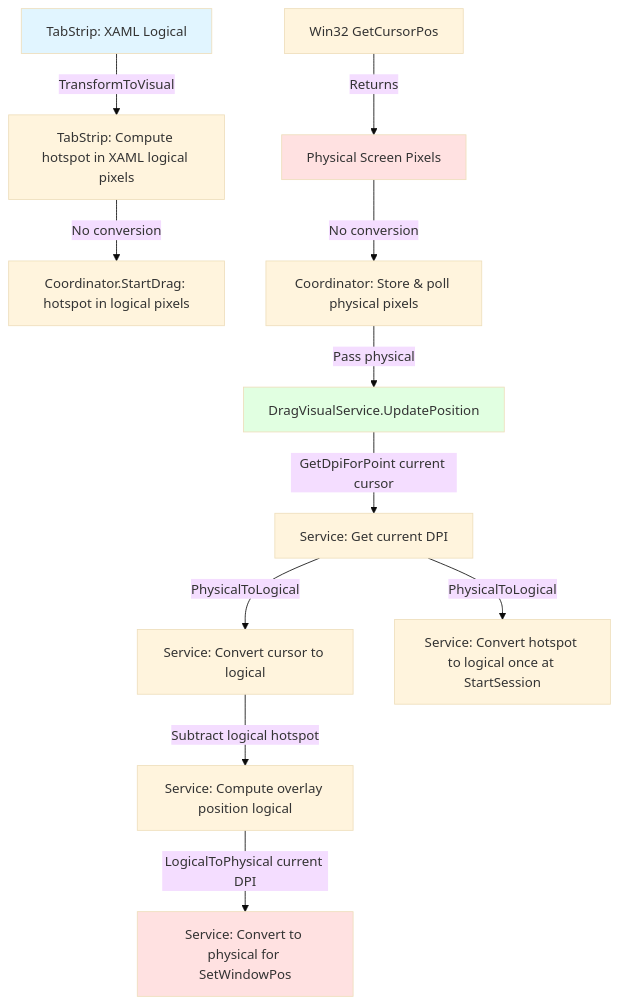
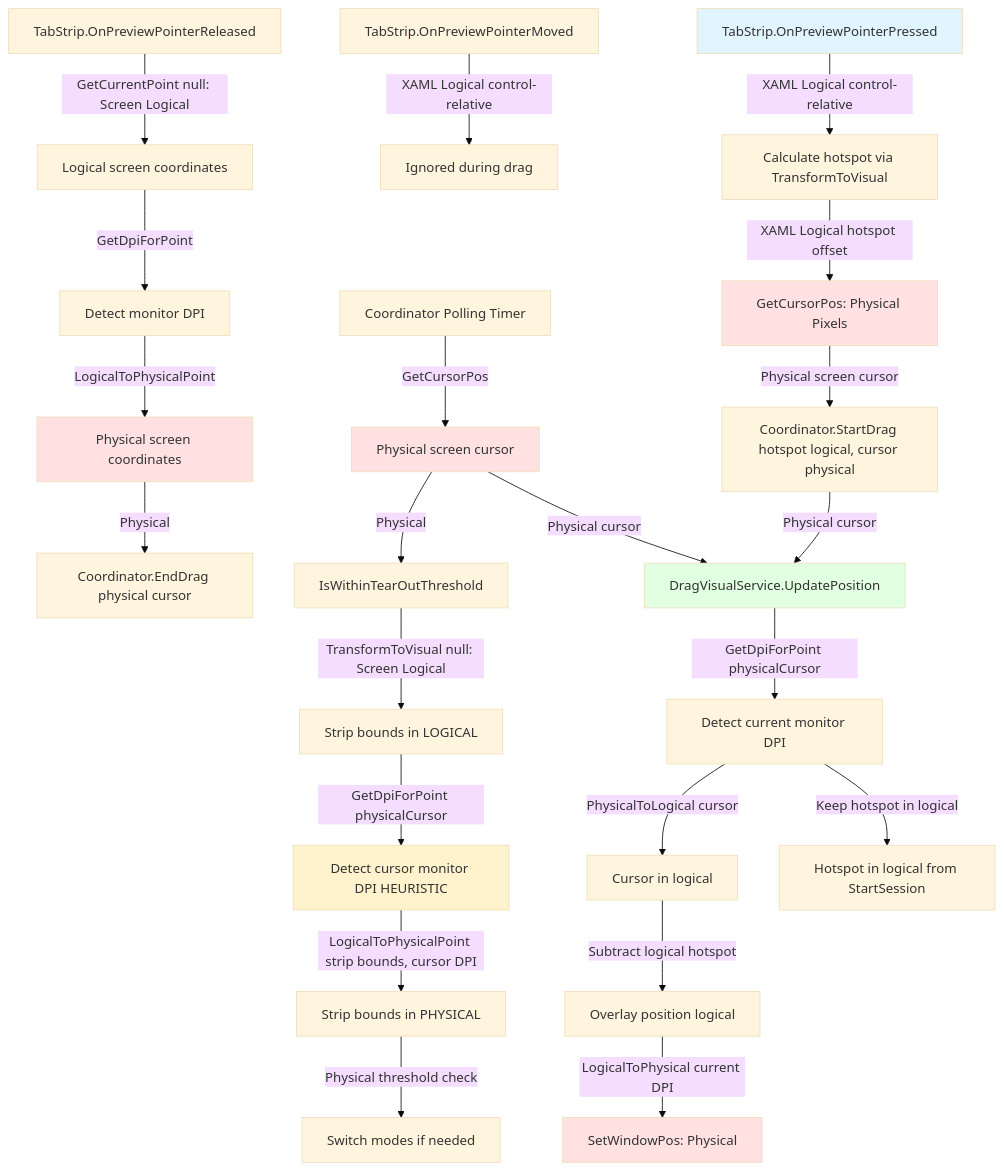
The second of 2 diagrams in projects/Controls/TabStrip/Drag.md (abdes/DroidNet), drawn with Mermaid (base theme) before and after one commit. The commit also changed other lines of this file and 43 other files, not shown here.

Commit message:
feat(controls): WIP tab drag

````diff
--- a/projects/Controls/TabStrip/Drag.md
+++ b/projects/Controls/TabStrip/Drag.md
@@ -506,20 +649,36 @@
 ```mermaid
 graph TD
-    A[TabStrip: XAML Logical] -->|TransformToVisual| B[TabStrip: Compute hotspot in XAML logical pixels]
-    B -->|No conversion| C[Coordinator.StartDrag: hotspot in logical pixels]
+    A[TabStrip.OnPreviewPointerPressed] -->|XAML Logical control-relative| B[Calculate hotspot via TransformToVisual]
+    B -->|XAML Logical hotspot offset| C[GetCursorPos: Physical Pixels]
+    C -->|Physical screen cursor| D[Coordinator.StartDrag hotspot logical, cursor physical]
 
-    D[Win32 GetCursorPos] -->|Returns| E[Physical Screen Pixels]
-    E -->|No conversion| F[Coordinator: Store & poll physical pixels]
-    F -->|Pass physical| G[DragVisualService.UpdatePosition]
+    E[TabStrip.OnPreviewPointerMoved] -->|XAML Logical control-relative| F[Ignored during drag]
 
-    G -->|GetDpiForPoint current cursor| H[Service: Get current DPI]
-    H -->|PhysicalToLogical| I[Service: Convert cursor to logical]
-    H -->|PhysicalToLogical| J[Service: Convert hotspot to logical once at StartSession]
-    I -->|Subtract logical hotspot| K[Service: Compute overlay position logical]
-    K -->|LogicalToPhysical current DPI| L[Service: Convert to physical for SetWindowPos]
+    G[Coordinator Polling Timer] -->|GetCursorPos| H[Physical screen cursor]
+    H -->|Physical| I[IsWithinTearOutThreshold]
+    I -->|TransformToVisual null: Screen Logical| J[Strip bounds in LOGICAL]
+    J -->|GetDpiForPoint physicalCursor| K[Detect cursor monitor DPI HEURISTIC]
+    K -->|LogicalToPhysicalPoint strip bounds, cursor DPI| L[Strip bounds in PHYSICAL]
+    L -->|Physical threshold check| M[Switch modes if needed]
+
+    N[TabStrip.OnPreviewPointerReleased] -->|GetCurrentPoint null: Screen Logical| O[Logical screen coordinates]
+    O -->|GetDpiForPoint| P[Detect monitor DPI]
+    P -->|LogicalToPhysicalPoint| Q[Physical screen coordinates]
+    Q -->|Physical| R[Coordinator.EndDrag physical cursor]
+
+    D -->|Physical cursor| S[DragVisualService.UpdatePosition]
+    H -->|Physical cursor| S
+    S -->|GetDpiForPoint physicalCursor| T[Detect current monitor DPI]
+    T -->|PhysicalToLogical cursor| U[Cursor in logical]
+    T -->|Keep hotspot in logical| V[Hotspot in logical from StartSession]
+    U -->|Subtract logical hotspot| W[Overlay position logical]
+    W -->|LogicalToPhysical current DPI| X[SetWindowPos: Physical]
 
     style A fill:#e1f5ff
-    style E fill:#ffe1e1
-    style G fill:#e1ffe1
-    style L fill:#ffe1e1
+    style C fill:#ffe1e1
+    style H fill:#ffe1e1
+    style K fill:#fff3cd
+    style Q fill:#ffe1e1
+    style S fill:#e1ffe1
+    style X fill:#ffe1e1
 ```
````
